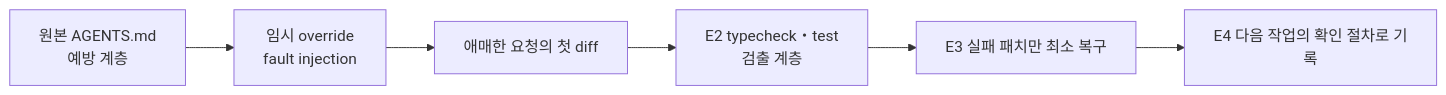
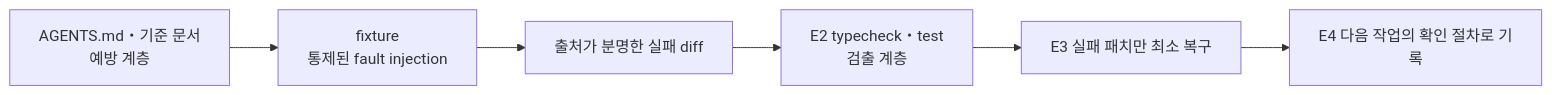
Before and after one commit to RainaKim/order-ops: the diagram in labs/lecture13/README.md, drawn with Mermaid. The commit also changed other lines of this file and 1 other file, not shown here.

Commit message:
docs: make lab 13 fault injection deterministic

````diff
--- a/labs/lecture13/README.md
+++ b/labs/lecture13/README.md
@@ -36,6 +36,6 @@
 ```mermaid
 flowchart LR
-  A["원본 AGENTS.md<br/>예방 계층"] --> B["임시 override<br/>fault injection"]
-  B --> C["애매한 요청의 첫 diff"] --> D["E2 typecheck・test<br/>검출 계층"]
+  A["AGENTS.md・기준 문서<br/>예방 계층"] --> B["fixture<br/>통제된 fault injection"]
+  B --> C["출처가 분명한 실패 diff"] --> D["E2 typecheck・test<br/>검출 계층"]
   D --> E["E3 실패 패치만 최소 복구"] --> F["E4 다음 작업의 확인 절차로 기록"]
 ```
````
